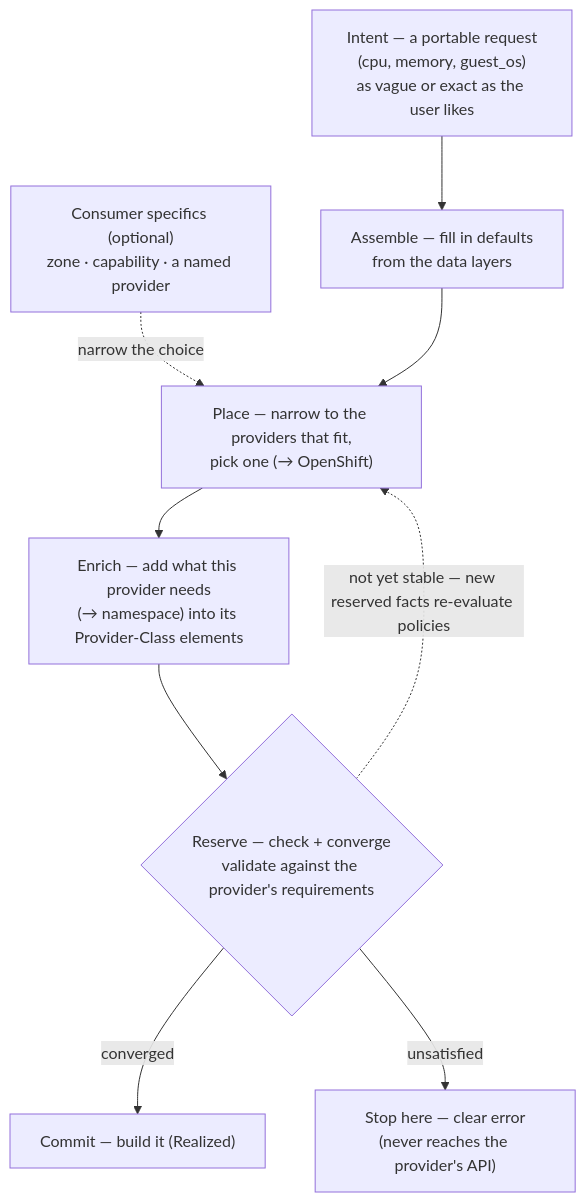
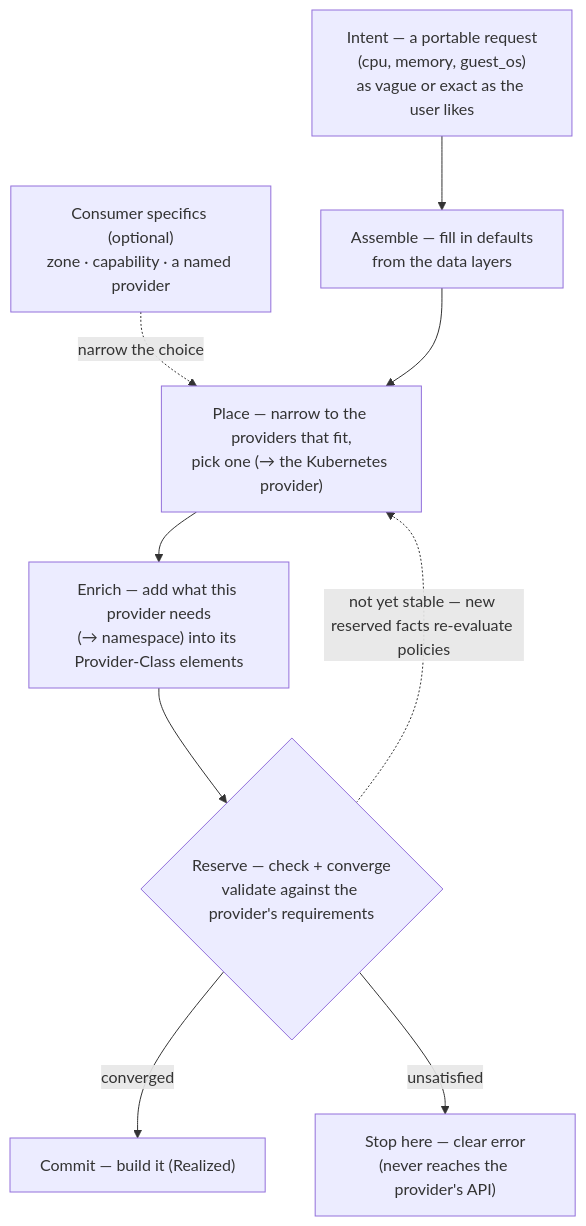
One commit to croadfeldt/udlm changed the diagram in docs/flows/request-realization.md. Above: the diagram before and after it, drawn with Mermaid. The commit also changed other lines of this file and 41 other files, not shown here.

````diff
--- a/docs/flows/request-realization.md
+++ b/docs/flows/request-realization.md
@@ -34,12 +34,12 @@
 ```mermaid
 flowchart TD
   I["Intent — a portable request<br/>(cpu, memory, guest_os)<br/>as vague or exact as the user likes"] --> A
   CC["Consumer specifics (optional)<br/>zone · capability · a named provider"] -.->|narrow the choice| P
   A["Assemble — fill in defaults<br/>from the data layers"] --> P
-  P["Place — narrow to the providers that fit,<br/>pick one (→ OpenShift)"] --> E
+  P["Place — narrow to the providers that fit,<br/>pick one (→ the Kubernetes provider)"] --> E
   E["Enrich — add what this provider needs<br/>(→ namespace) into its Provider-Class elements"] --> R
   R{"Reserve — check + converge<br/>validate against the provider's requirements"}
   R -. "not yet stable — new reserved facts re-evaluate policies" .-> P
   R -- converged --> C["Commit — build it (Realized)"]
   R -- unsatisfied --> F["Stop here — clear error<br/>(never reaches the provider's API)"]
 ```
````
